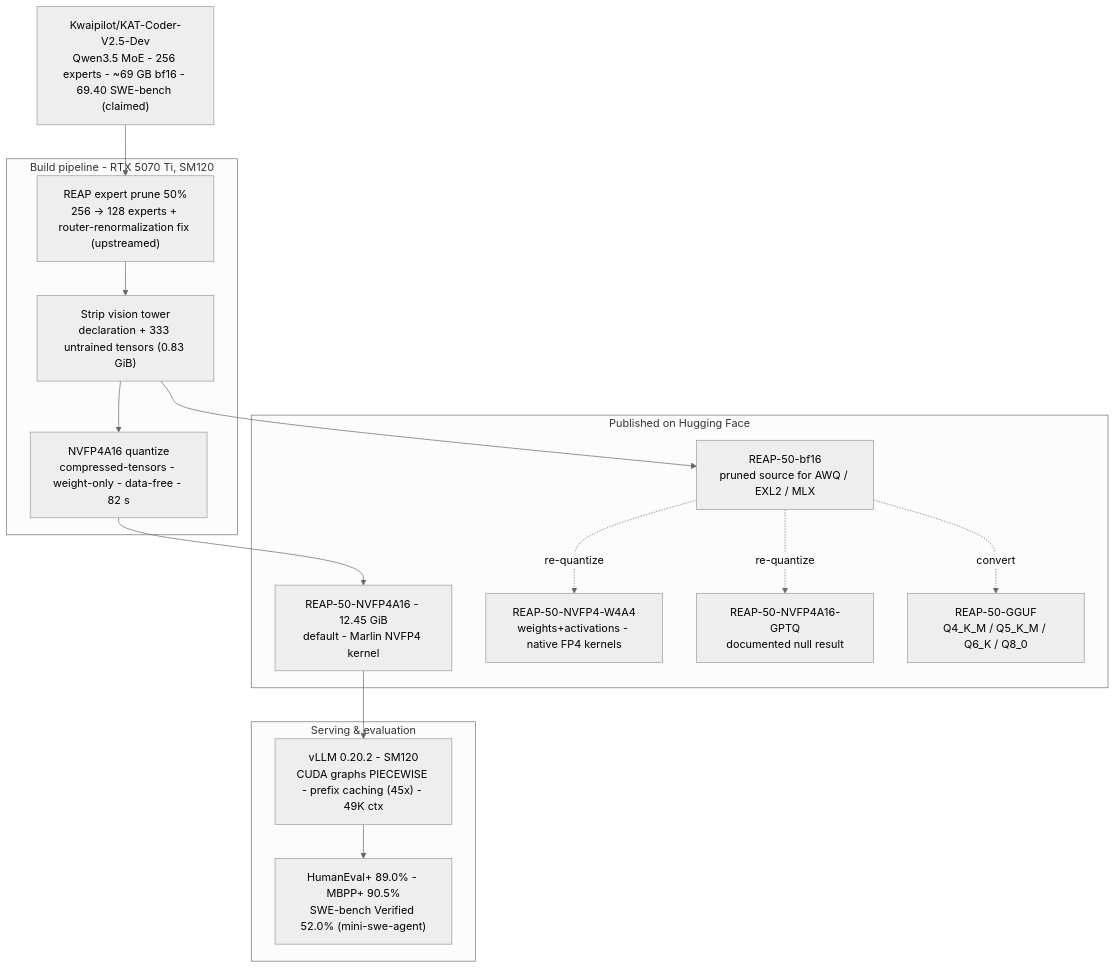
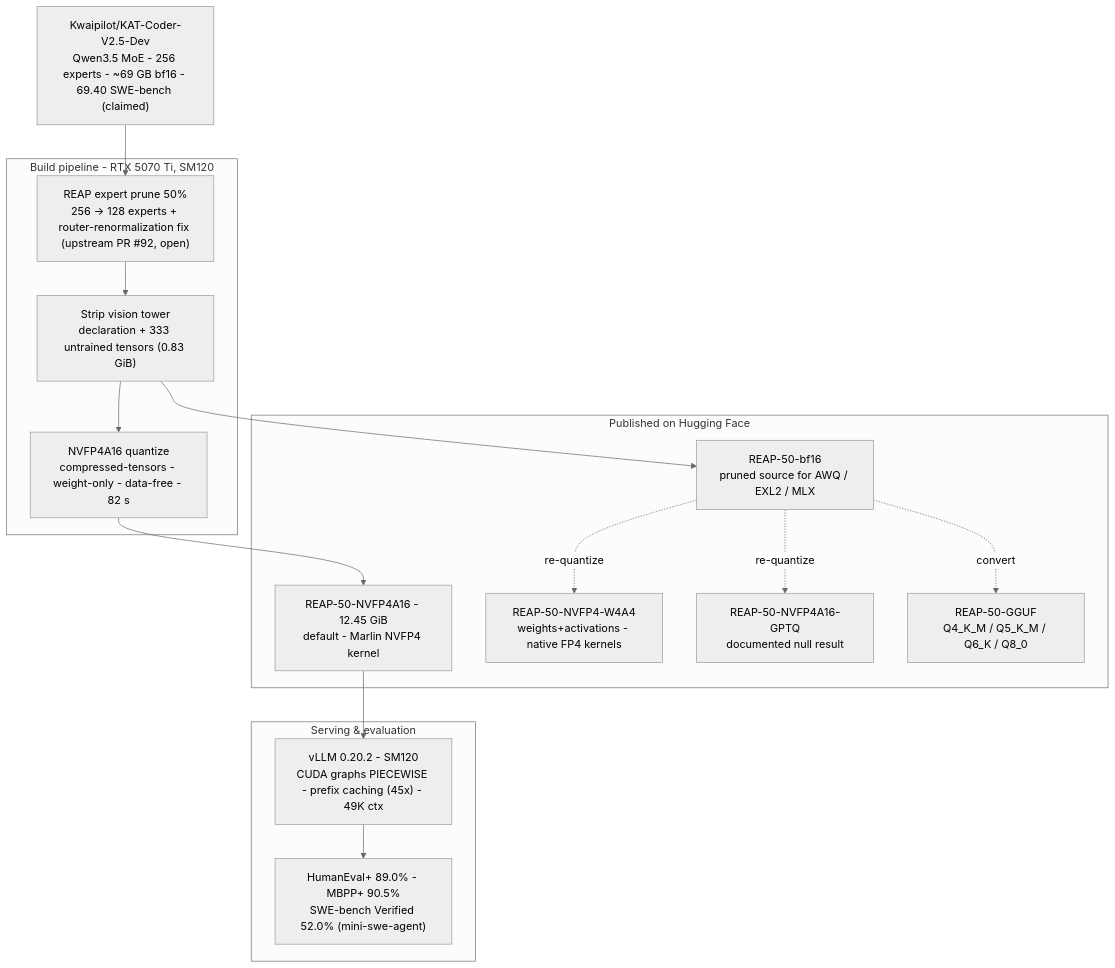
Before and after one commit to t-timms/kat-coder-nvfp4: the diagram in README.md, drawn with Mermaid (neutral theme). The commit also changed other lines of this file, not shown here.

Commit message:
docs: reap fix is an open upstream PR (#92), not merged

````diff
--- a/README.md
+++ b/README.md
@@ -26,30 +26,30 @@
 ```mermaid
 graph TD
     Base["Kwaipilot/KAT-Coder-V2.5-Dev<br/>Qwen3.5 MoE - 256 experts - ~69 GB bf16 - 69.40 SWE-bench (claimed)"]
 
     subgraph Build ["Build pipeline - RTX 5070 Ti, SM120"]
-        REAP["REAP expert prune 50%<br/>256 -> 128 experts + router-renormalization fix (upstreamed)"]
+        REAP["REAP expert prune 50%<br/>256 -> 128 experts + router-renormalization fix (upstream PR #92, open)"]
         Strip["Strip vision tower<br/>declaration + 333 untrained tensors (0.83 GiB)"]
         Quant["NVFP4A16 quantize<br/>compressed-tensors - weight-only - data-free - 82 s"]
     end
 
     subgraph HF ["Published on Hugging Face"]
         A16["REAP-50-NVFP4A16 - 12.45 GiB<br/>default - Marlin NVFP4 kernel"]
         W4A4["REAP-50-NVFP4-W4A4<br/>weights+activations - native FP4 kernels"]
         GPTQ["REAP-50-NVFP4A16-GPTQ<br/>documented null result"]
         GGUF["REAP-50-GGUF<br/>Q4_K_M / Q5_K_M / Q6_K / Q8_0"]
         BF16["REAP-50-bf16<br/>pruned source for AWQ / EXL2 / MLX"]
     end
 
     subgraph Serve ["Serving & evaluation"]
         vLLM["vLLM 0.20.2 - SM120<br/>CUDA graphs PIECEWISE - prefix caching (45x) - 49K ctx"]
         Bench["HumanEval+ 89.0% - MBPP+ 90.5%<br/>SWE-bench Verified 52.0% (mini-swe-agent)"]
     end
 
     Base --> REAP --> Strip --> Quant --> A16
     Strip --> BF16
     BF16 -. re-quantize .-> W4A4
     BF16 -. re-quantize .-> GPTQ
     BF16 -. convert .-> GGUF
     A16 --> vLLM --> Bench
 ```
````
